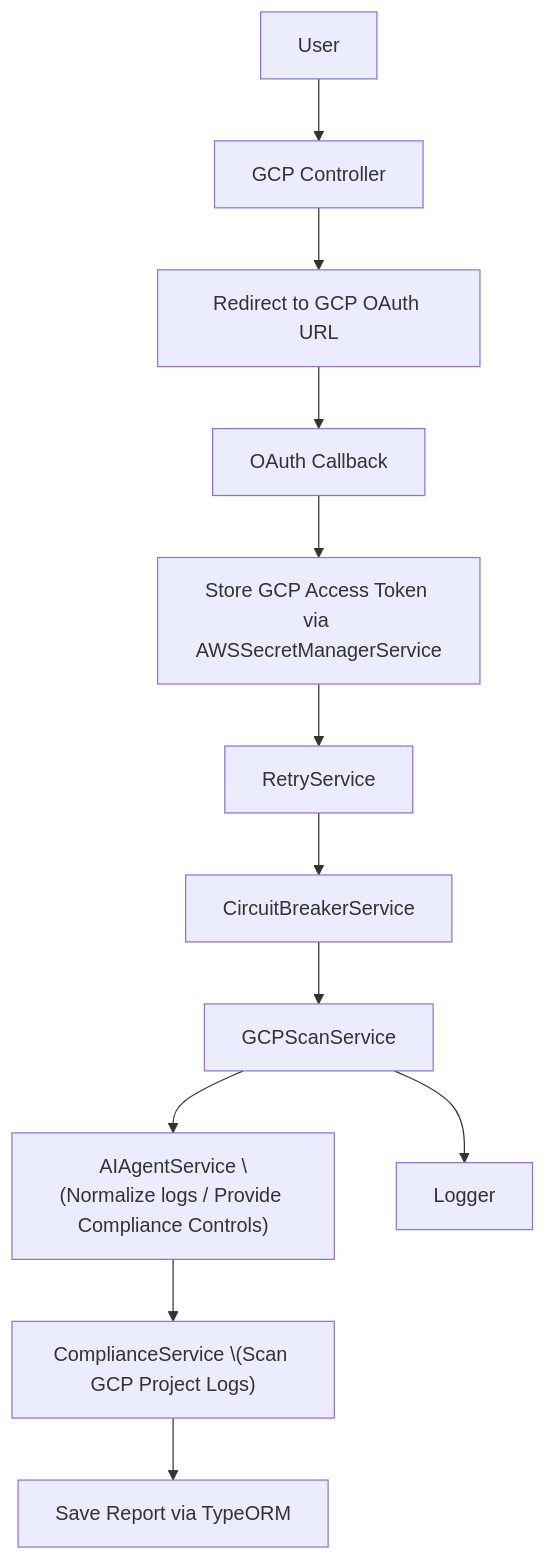
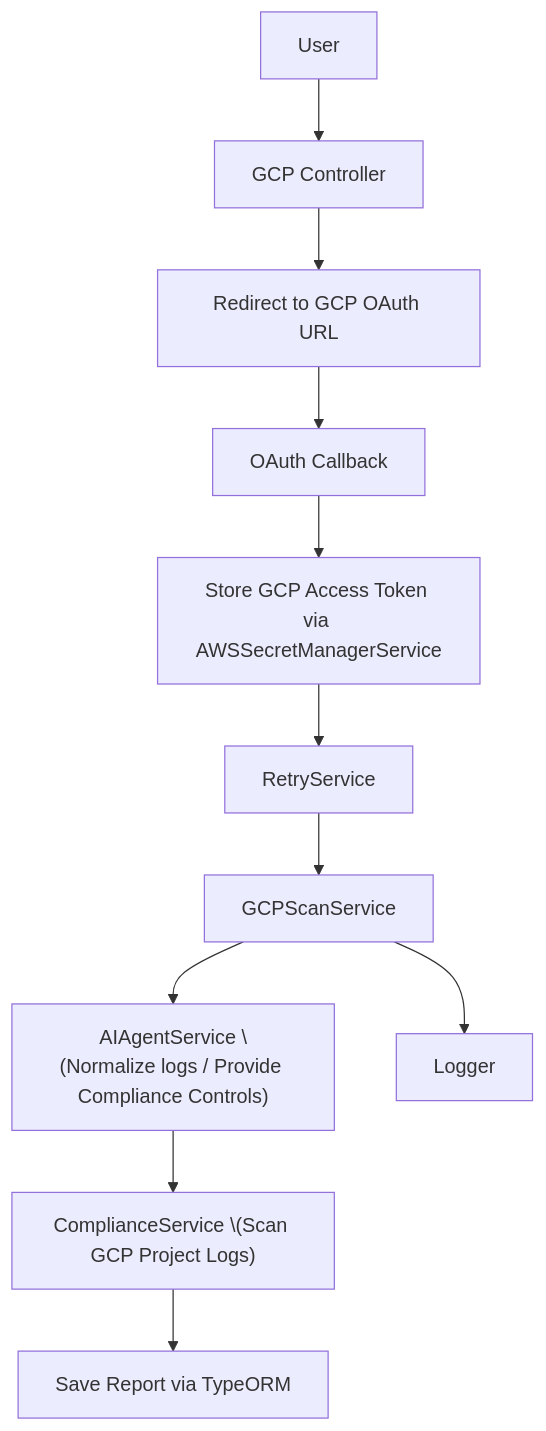
One commit to SergiuT/audit-forge changed the diagram in docs/gcp.md. Above: the diagram before and after it, drawn with Mermaid. The commit also changed 4 other files, not shown here.

Commit message:
Update diagrams

````diff
--- a/docs/gcp.md
+++ b/docs/gcp.md
@@ -1,14 +1,13 @@
 ```mermaid
 graph TD;
     User[User] --> GCPController["GCP Controller"];
     GCPController --> OAuth["Redirect to GCP OAuth URL"];
     OAuth --> Callback["OAuth Callback"];
     Callback --> Token["Store GCP Access Token via AWSSecretManagerService"];
     Token --> Retry["RetryService"];
-    Retry --> Circuit["CircuitBreakerService"];
-    Circuit --> GCPScan["GCPScanService"];
+    Retry --> GCPScan["GCPScanService"];
     GCPScan --> AIAgent["AIAgentService \(Normalize logs / Provide Compliance Controls)"]
     AIAgent --> Compliance["ComplianceService \(Scan GCP Project Logs)"];
     Compliance --> DB["Save Report via TypeORM"];
     GCPScan --> Logger["Logger"];
 ```
````
